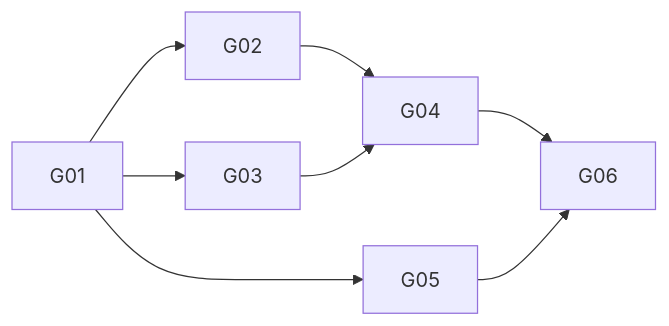
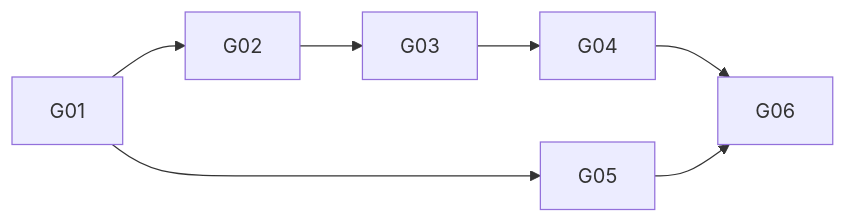
The diagram in docs/planning/plans/index.md (ProjectViVy/laputa), drawn with Mermaid before and after one commit. The commit also changed other lines of this file and 17 other files, not shown here.

Commit message:
docs: detail native-review-driven Garden architecture and delivery plan

````diff
--- a/docs/planning/plans/index.md
+++ b/docs/planning/plans/index.md
@@ -23,10 +24,9 @@
 ```mermaid
 flowchart LR
  G01 --> G02
- G01 --> G03
  G01 --> G05
- G02 --> G04
+ G02 --> G03
  G03 --> G04
  G04 --> G06
  G05 --> G06
 ```
````
